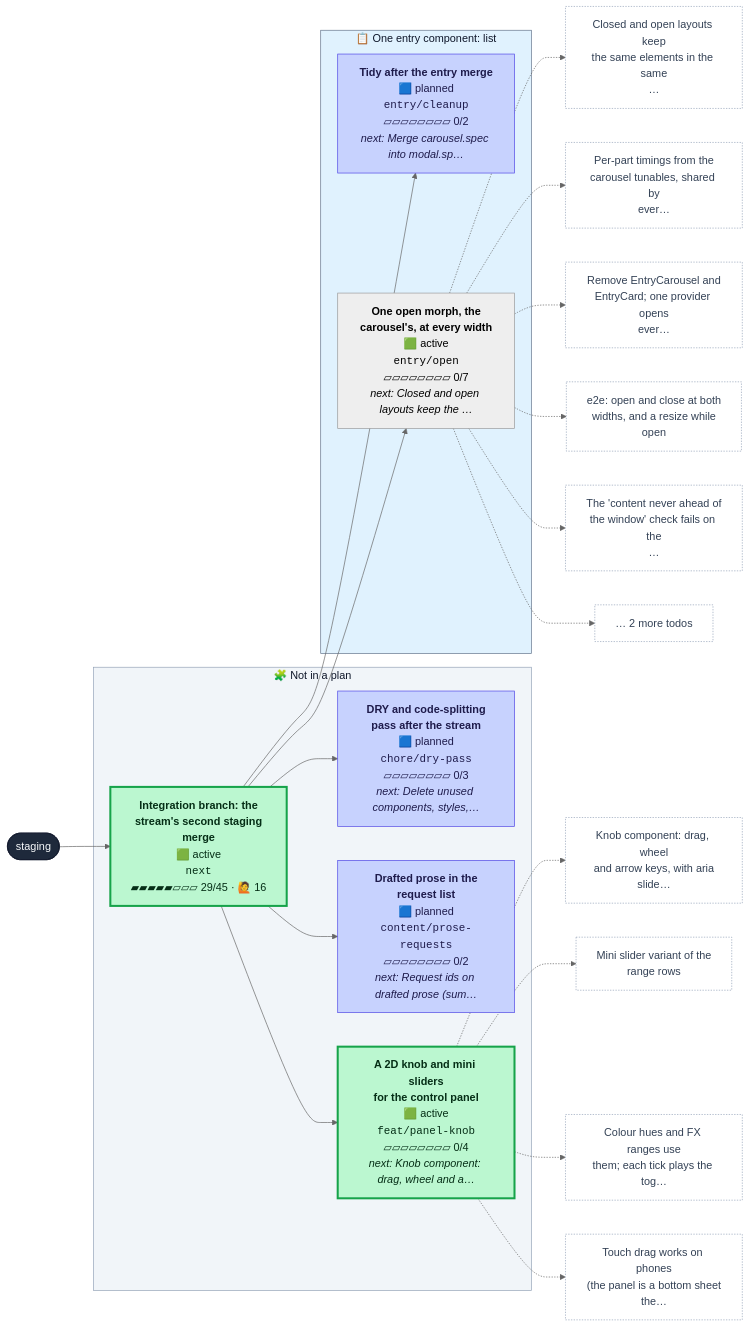
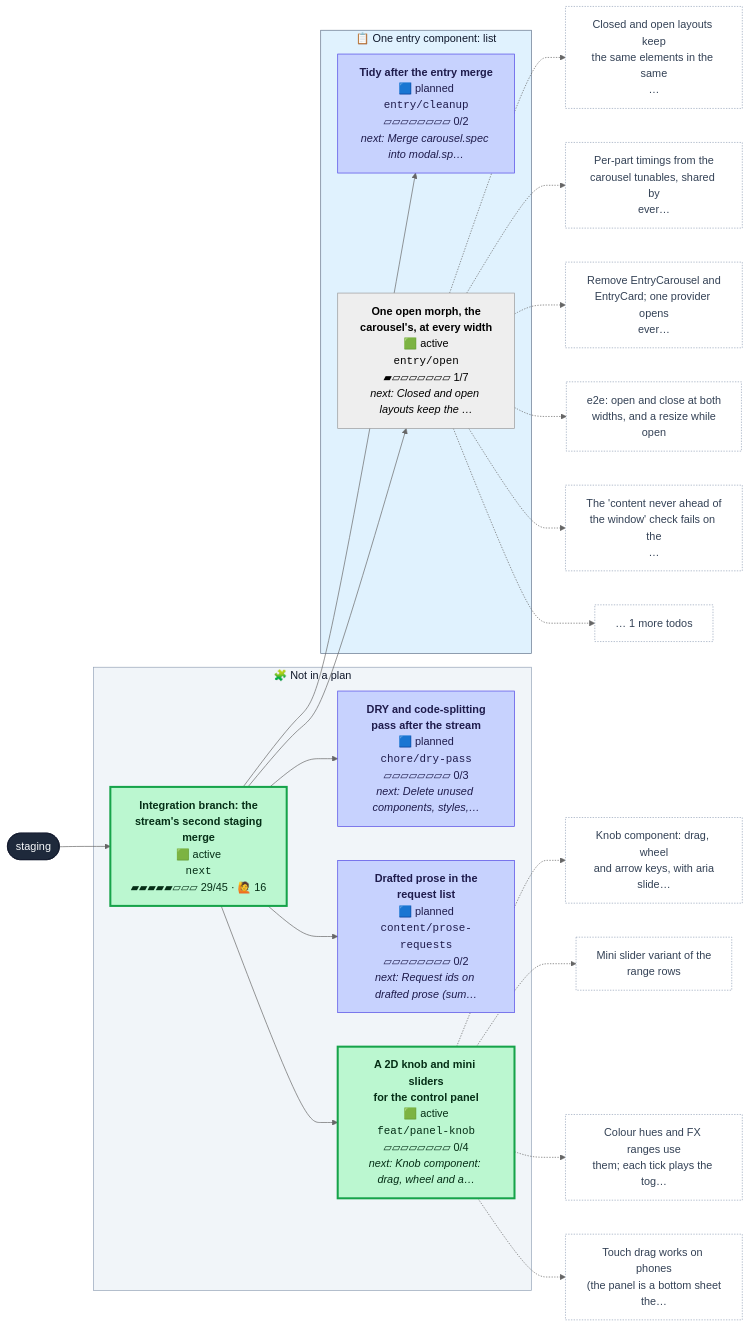
One commit to henryjonescodes/portfolio changed the first of 2 diagrams in CONTRIBUTING.md. Above: the diagram before and after it, drawn with Mermaid (neutral theme). The commit also changed other lines of this file and 1 other file, not shown here.

````diff
--- a/CONTRIBUTING.md
+++ b/CONTRIBUTING.md
@@ -16,68 +16,68 @@
 ```mermaid
 flowchart LR
   n_staging([staging])
   class n_staging trunk
   subgraph plan_0["📋 One entry component: list"]
     n_entry_cleanup["<b>Tidy after the entry merge</b><br/>🟦 planned<br/><code>entry/cleanup</code><br/>▱▱▱▱▱▱▱▱ 0/2<br/><i>next: Merge carousel.spec into modal.sp…</i>"]
     class n_entry_cleanup planned
-    n_entry_open["<b>One open morph, the<br/>carousel's, at every width</b><br/>🟩 active<br/><code>entry/open</code><br/>▱▱▱▱▱▱▱▱ 0/7<br/><i>next: Closed and open layouts keep the …</i>"]
+    n_entry_open["<b>One open morph, the<br/>carousel's, at every width</b><br/>🟩 active<br/><code>entry/open</code><br/>▰▱▱▱▱▱▱▱ 1/7<br/><i>next: Closed and open layouts keep the …</i>"]
     class n_entry_open active,current
   end
   style plan_0 fill:#e0f2fe,stroke:#64748b,color:#0f172a
   subgraph loose["🧩 Not in a plan"]
     n_chore_dry_pass["<b>DRY and code-splitting<br/>pass after the stream</b><br/>🟦 planned<br/><code>chore/dry-pass</code><br/>▱▱▱▱▱▱▱▱ 0/3<br/><i>next: Delete unused components, styles,…</i>"]
     class n_chore_dry_pass planned
     n_content_prose_requests["<b>Drafted prose in the<br/>request list</b><br/>🟦 planned<br/><code>content/prose-requests</code><br/>▱▱▱▱▱▱▱▱ 0/2<br/><i>next: Request ids on drafted prose (sum…</i>"]
     class n_content_prose_requests planned
     n_feat_panel_knob["<b>A 2D knob and mini sliders<br/>for the control panel</b><br/>🟩 active<br/><code>feat/panel-knob</code><br/>▱▱▱▱▱▱▱▱ 0/4<br/><i>next: Knob component: drag, wheel and a…</i>"]
     class n_feat_panel_knob active
     n_next["<b>Integration branch: the<br/>stream's second staging<br/>merge</b><br/>🟩 active<br/><code>next</code><br/>▰▰▰▰▰▱▱▱ 29/45 · 🙋 16"]
     class n_next active
   end
   style loose fill:#f1f5f9,stroke:#94a3b8,color:#0f172a
   n_next --> n_chore_dry_pass
   n_next --> n_content_prose_requests
   n_next --> n_entry_cleanup
   n_next --> n_entry_open
   n_next --> n_feat_panel_knob
   n_staging --> n_next
   n_entry_open_t0["Closed and open layouts keep<br/>the same elements in the same<br/>…"]
   class n_entry_open_t0 todo
   n_entry_open -.-> n_entry_open_t0
   n_entry_open_t1["Per-part timings from the<br/>carousel tunables, shared by<br/>ever…"]
   class n_entry_open_t1 todo
   n_entry_open -.-> n_entry_open_t1
   n_entry_open_t2["Remove EntryCarousel and<br/>EntryCard; one provider opens<br/>ever…"]
   class n_entry_open_t2 todo
   n_entry_open -.-> n_entry_open_t2
   n_entry_open_t3["e2e: open and close at both<br/>widths, and a resize while<br/>open"]
   class n_entry_open_t3 todo
   n_entry_open -.-> n_entry_open_t3
   n_entry_open_t4["The 'content never ahead of<br/>the window' check fails on the<br/>…"]
   class n_entry_open_t4 todo
   n_entry_open -.-> n_entry_open_t4
-  n_entry_open_more["… 2 more todos"]
+  n_entry_open_more["… 1 more todos"]
   class n_entry_open_more todo
   n_entry_open -.-> n_entry_open_more
   n_feat_panel_knob_t0["Knob component: drag, wheel<br/>and arrow keys, with aria<br/>slide…"]
   class n_feat_panel_knob_t0 todo
   n_feat_panel_knob -.-> n_feat_panel_knob_t0
   n_feat_panel_knob_t1["Mini slider variant of the<br/>range rows"]
   class n_feat_panel_knob_t1 todo
   n_feat_panel_knob -.-> n_feat_panel_knob_t1
   n_feat_panel_knob_t2["Colour hues and FX ranges use<br/>them; each tick plays the tog…"]
   class n_feat_panel_knob_t2 todo
   n_feat_panel_knob -.-> n_feat_panel_knob_t2
   n_feat_panel_knob_t3["Touch drag works on phones<br/>(the panel is a bottom sheet<br/>the…"]
   class n_feat_panel_knob_t3 todo
   n_feat_panel_knob -.-> n_feat_panel_knob_t3
   classDef merged fill:#dcfce7,stroke:#16a34a,color:#052e16
   classDef todo fill:#ffffff,stroke:#94a3b8,stroke-dasharray:2 2,color:#334155
   classDef planned fill:#c7d2fe,stroke:#4f46e5,color:#1e1b4b
   classDef sketched fill:#f8fafc,stroke:#64748b,stroke-dasharray:4 3,color:#334155
   classDef active fill:#bbf7d0,stroke:#16a34a,stroke-width:3px,color:#052e16
   classDef review fill:#fde68a,stroke:#d97706,stroke-width:3px,color:#451a03
   classDef blocked fill:#fecaca,stroke:#dc2626,stroke-width:3px,color:#450a0a
   classDef trunk fill:#1e293b,stroke:#0f172a,color:#f8fafc
   classDef current stroke:#0ea5e9,stroke-width:5px
 ```
````
